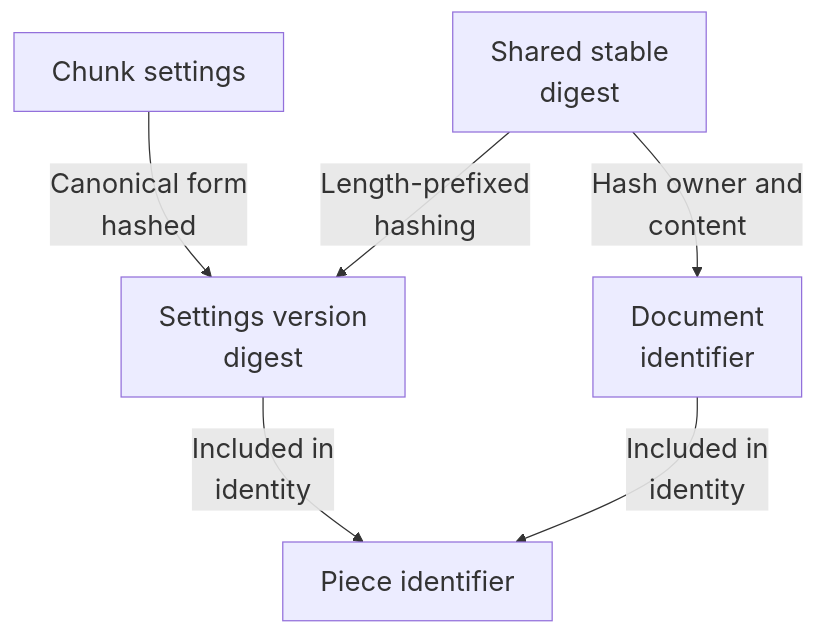
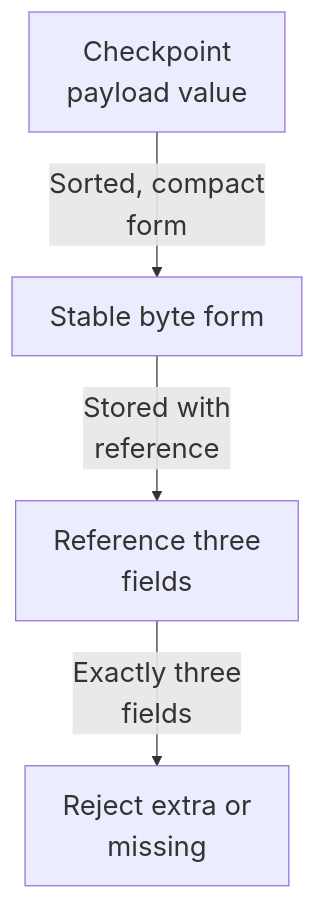
Before and after one commit to Justin-Mendoza/Afterclass: the diagram in maps/ingestion/diagram-04.mmd, drawn with Mermaid. The commit also changed 85 other files, not shown here.

```diff
--- a/maps/ingestion/diagram-04.mmd
+++ b/maps/ingestion/diagram-04.mmd
@@ -1,12 +1,9 @@
 %%{init: {"themeVariables": {"fontSize": "22px"}}}%%
 flowchart TD
-  n0["Chunk settings"]
-  n1["Settings version<br/>digest"]
-  n2["Document<br/>identifier"]
-  n3["Shared stable<br/>digest"]
-  n4["Piece identifier"]
-  n0 -->|"Canonical form<br/>hashed"| n1
-  n3 -->|"Length-prefixed<br/>hashing"| n1
-  n3 -->|"Hash owner and<br/>content"| n2
-  n1 -->|"Included in<br/>identity"| n4
-  n2 -->|"Included in<br/>identity"| n4
+  n0["Checkpoint<br/>payload value"]
+  n1["Stable byte form"]
+  n2["Reference three<br/>fields"]
+  n3["Reject extra or<br/>missing"]
+  n0 -->|"Sorted, compact<br/>form"| n1
+  n1 -->|"Stored with<br/>reference"| n2
+  n2 -->|"Exactly three<br/>fields"| n3
```
